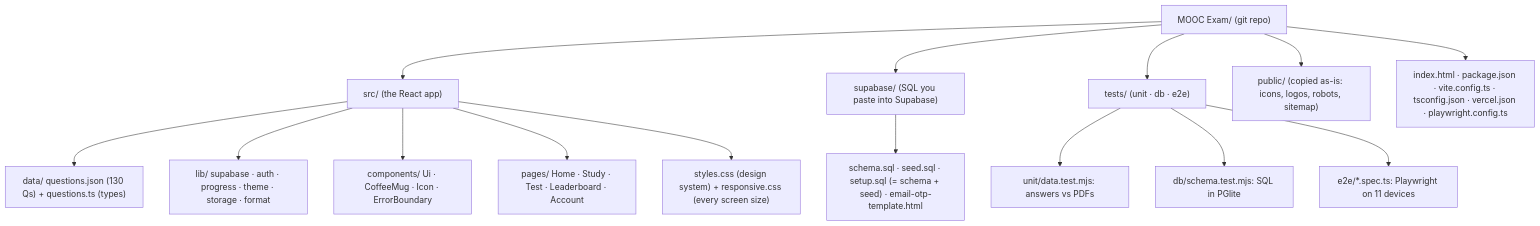
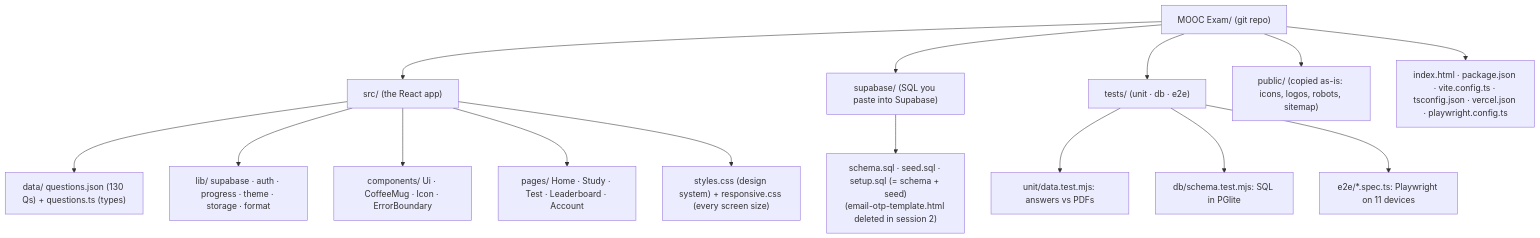
One commit to CoffeeAurCode/Psycology-of-learning changed the third of 3 diagrams in learning_material/l1-01-what-we-built.md. Above: the diagram before and after it, drawn with Mermaid. The commit also changed other lines of this file and 39 other files, not shown here.

````diff
--- a/learning_material/l1-01-what-we-built.md
+++ b/learning_material/l1-01-what-we-built.md
@@ -130,18 +132,18 @@
 ```mermaid
 flowchart TB
   root["MOOC Exam/ (git repo)"]
   root --> src["src/ (the React app)"]
   root --> sb["supabase/ (SQL you paste into Supabase)"]
   root --> tests["tests/ (unit · db · e2e)"]
   root --> pub["public/ (copied as-is: icons, logos, robots, sitemap)"]
   root --> cfg["index.html · package.json · vite.config.ts · tsconfig.json · vercel.json · playwright.config.ts"]
   src --> data["data/ questions.json (130 Qs) + questions.ts (types)"]
   src --> lib["lib/ supabase · auth · progress · theme · storage · format"]
   src --> comp["components/ Ui · CoffeeMug · Icon · ErrorBoundary"]
   src --> pages["pages/ Home · Study · Test · Leaderboard · Account"]
   src --> css["styles.css (design system) + responsive.css (every screen size)"]
-  sb --> schema["schema.sql · seed.sql · setup.sql (= schema + seed) · email-otp-template.html"]
+  sb --> schema["schema.sql · seed.sql · setup.sql (= schema + seed)<br/>(email-otp-template.html deleted in session 2)"]
   tests --> unit["unit/data.test.mjs: answers vs PDFs"]
   tests --> db["db/schema.test.mjs: SQL in PGlite"]
   tests --> e2e["e2e/*.spec.ts: Playwright on 11 devices"]
 ```
````
